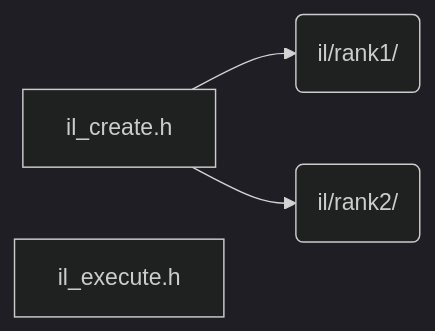
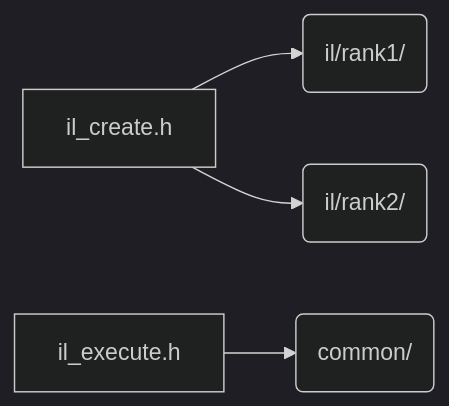
Before and after one commit to Tugbars/VectorFFT: the diagram in docs/architecture/generated/folders/il.md, drawn with Mermaid (dark theme). The commit also changed 98 other files, not shown here.

Commit message:
regenerated architecture drawings

````diff
--- a/docs/architecture/generated/folders/il.md
+++ b/docs/architecture/generated/folders/il.md
@@ -11,9 +11,11 @@
 ```mermaid
 flowchart LR
     n_il_il_create_h["il_create.h"]
     n_il_il_execute_h["il_execute.h"]
+    n_dir_common("common/")
     n_dir_il_rank1("il/rank1/")
     n_dir_il_rank2("il/rank2/")
     n_il_il_create_h --> n_dir_il_rank1
     n_il_il_create_h --> n_dir_il_rank2
+    n_il_il_execute_h --> n_dir_common
 ```
````
